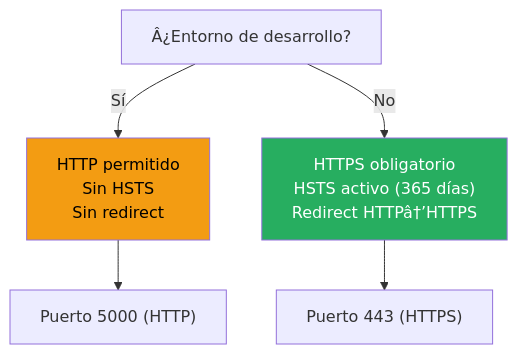
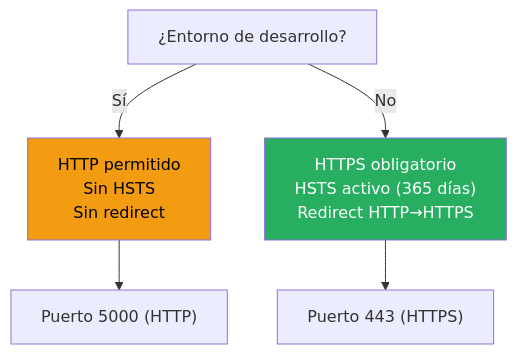
One commit to joseluisgs/TiendaDawApi-Cqrs-MediatR-NetCore changed diagram 12 of 16 in doc/19-seguridad-http.md. Above: the diagram before and after it, drawn with Mermaid. The commit also changed other lines of this file and 27 other files, not shown here.

````diff
--- a/doc/19-seguridad-http.md
+++ b/doc/19-seguridad-http.md
@@ -464,11 +464,11 @@
 ```mermaid
 flowchart TD
-    A["Â¿Entorno de desarrollo?"] -->|Sí| B["HTTP permitido<br/>Sin HSTS<br/>Sin redirect"]
-    A -->|No| C["HTTPS obligatorio<br/>HSTS activo (365 días)<br/>Redirect HTTPâ†’HTTPS"]
+    A["¿Entorno de desarrollo?"] -->|Sí| B["HTTP permitido<br/>Sin HSTS<br/>Sin redirect"]
+    A -->|No| C["HTTPS obligatorio<br/>HSTS activo (365 días)<br/>Redirect HTTP→HTTPS"]
     
     B --> D["Puerto 5000 (HTTP)"]
     C --> E["Puerto 443 (HTTPS)"]
     
     style B fill:#f39c12,color:#000
     style C fill:#27ae60,color:#fff
 ```
````
